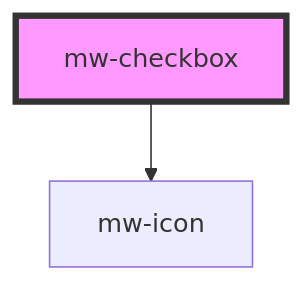
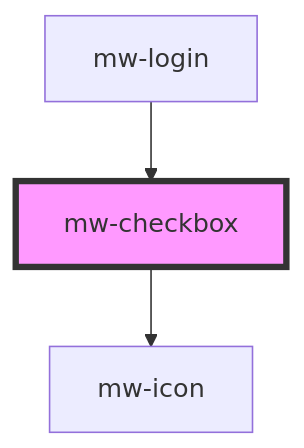
One commit to MaibornWolff/mwui changed the diagram in mwui-stencil/src/components/mw-checkbox/readme.md. Above: the diagram before and after it, drawn with Mermaid. The commit also changed other lines of this file and 22 other files, not shown here.

````diff
--- a/mwui-stencil/src/components/mw-checkbox/readme.md
+++ b/mwui-stencil/src/components/mw-checkbox/readme.md
@@ -30,5 +34,6 @@
 ```mermaid
 graph TD;
   mw-checkbox --> mw-icon
+  mw-login --> mw-checkbox
   style mw-checkbox fill:#f9f,stroke:#333,stroke-width:4px
 ```
````
